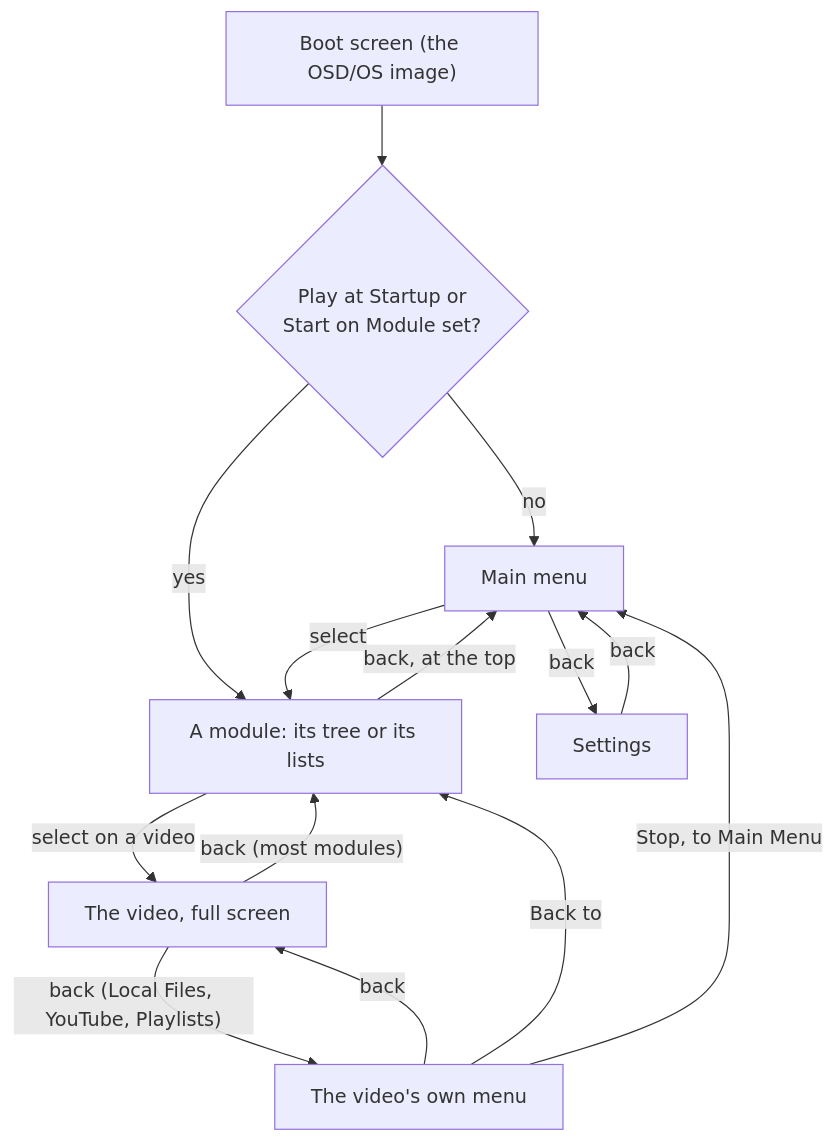
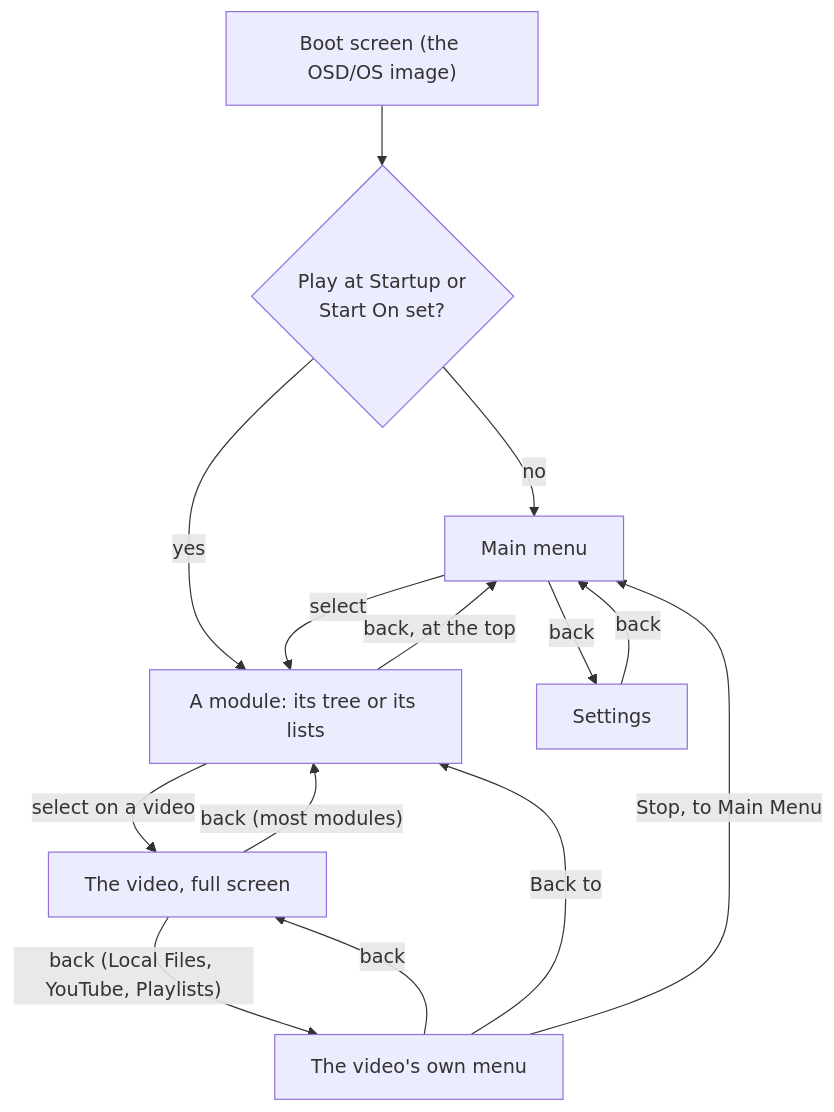
One commit to mehmetraif/OSD-OS changed the diagram in docs/wiki/Using-OSD-OS.md. Above: the diagram before and after it, drawn with Mermaid. The commit also changed other lines of this file and 21 other files, not shown here.

````diff
--- a/docs/wiki/Using-OSD-OS.md
+++ b/docs/wiki/Using-OSD-OS.md
@@ -24,16 +24,16 @@
 ```mermaid
 flowchart TD
-    boot["Boot screen (the OSD/OS image)"] --> startup{"Play at Startup or<br/>Start on Module set?"}
+    boot["Boot screen (the OSD/OS image)"] --> startup{"Play at Startup or<br/>Start On set?"}
     startup -- no --> menu["Main menu"]
     startup -- yes --> module
     menu -- back --> settings["Settings"]
     settings -- back --> menu
     menu -- select --> module["A module: its tree or its lists"]
     module -- "back, at the top" --> menu
     module -- "select on a video" --> video["The video, full screen"]
     video -- "back (most modules)" --> module
     video -- "back (Local Files, YouTube, Playlists)" --> vmenu["The video's own menu"]
     vmenu -- back --> video
     vmenu -- "Back to <module>" --> module
     vmenu -- "Stop, to Main Menu" --> menu
 ```
````
